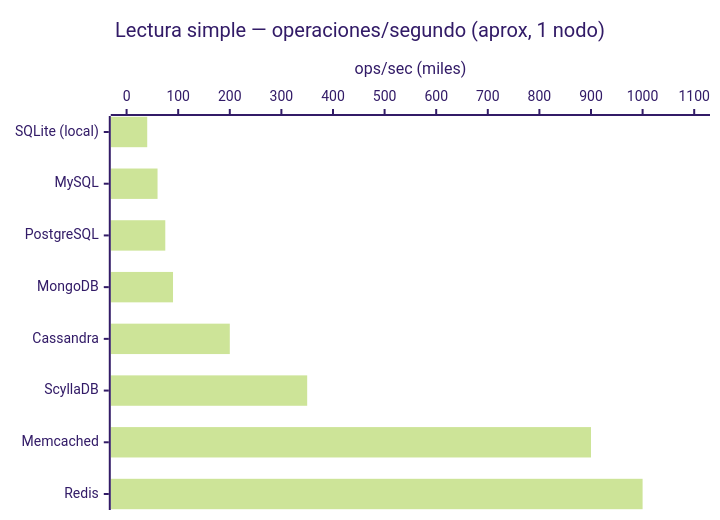
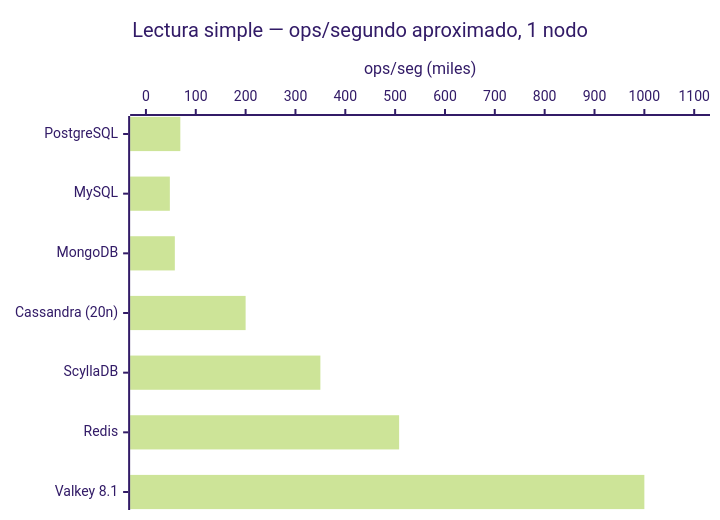
One commit to davestinhast/database-guide changed the first of 2 diagrams in README.md. Above: the diagram before and after it, drawn with Mermaid (forest theme). The commit also changed other lines of this file, not shown here.

First line of the commit message:
feat: expandir README masivamente — tipos, SQL vs NoSQL, para qué sirve cada una, vectoriales

````diff
--- a/README.md
+++ b/README.md
@@ -197,7 +530,7 @@
 ```mermaid
 xychart-beta horizontal
-    title "Lectura simple — operaciones/segundo (aprox, 1 nodo)"
-    x-axis ["SQLite (local)", "MySQL", "PostgreSQL", "MongoDB", "Cassandra", "ScyllaDB", "Memcached", "Redis"]
-    y-axis "ops/sec (miles)" 0 --> 1100
-    bar [40, 60, 75, 90, 200, 350, 900, 1000]
+    title "Lectura simple — ops/segundo aproximado, 1 nodo"
+    x-axis ["PostgreSQL", "MySQL", "MongoDB", "Cassandra (20n)", "ScyllaDB", "Redis", "Valkey 8.1"]
+    y-axis "ops/seg (miles)" 0 --> 1100
+    bar [69, 48, 58, 200, 350, 508, 1000]
 ```
````
